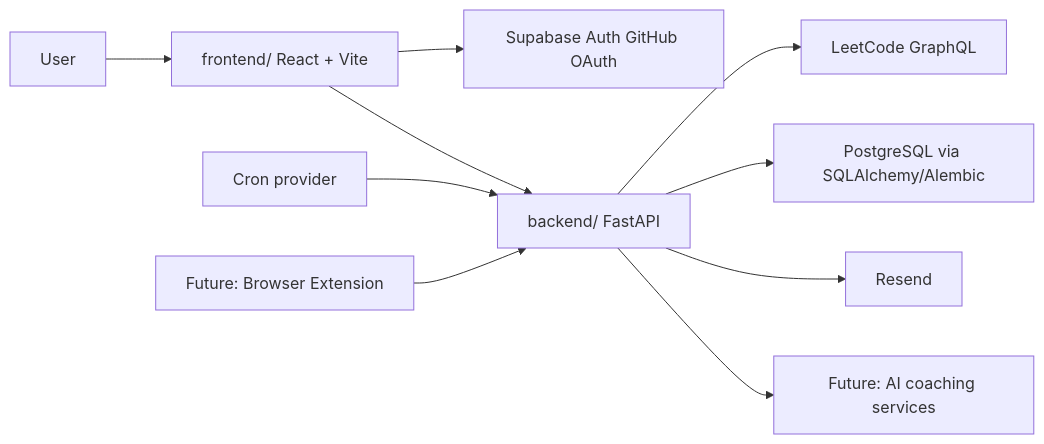
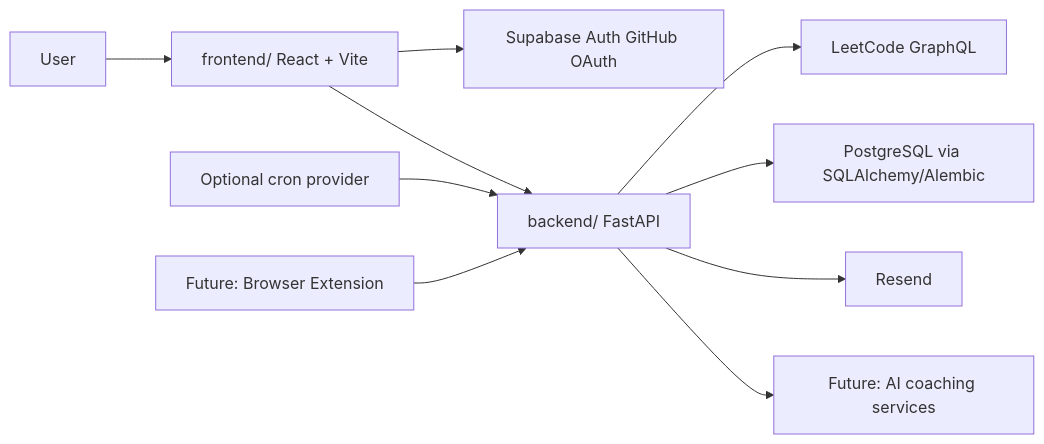
Before and after one commit to kprashanth01/leettrack: the diagram in docs/architecture.md, drawn with Mermaid. The commit also changed other lines of this file and 5 other files, not shown here.

````diff
--- a/docs/architecture.md
+++ b/docs/architecture.md
@@ -5,13 +5,13 @@
 ```mermaid
 flowchart LR
   User["User"] --> Frontend["frontend/ React + Vite"]
   Frontend --> Auth["Supabase Auth GitHub OAuth"]
   Frontend --> Backend["backend/ FastAPI"]
   Backend --> LeetCode["LeetCode GraphQL"]
   Backend --> Database["PostgreSQL via SQLAlchemy/Alembic"]
   Backend --> Email["Resend"]
-  Cron["Cron provider"] --> Backend
+  OptionalCron["Optional cron provider"] --> Backend
   Backend --> FutureAI["Future: AI coaching services"]
 
   Extension["Future: Browser Extension"] --> Backend
 ```
````
